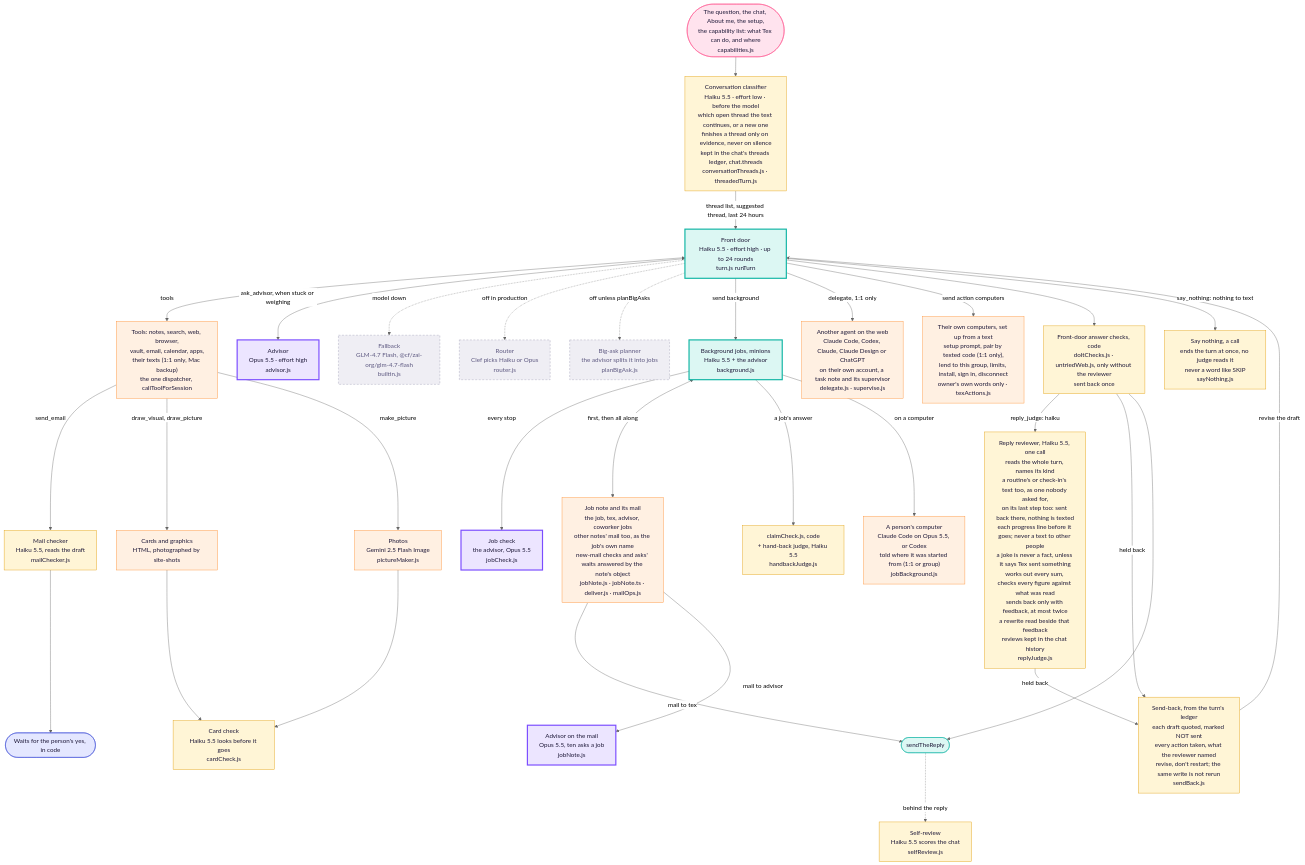
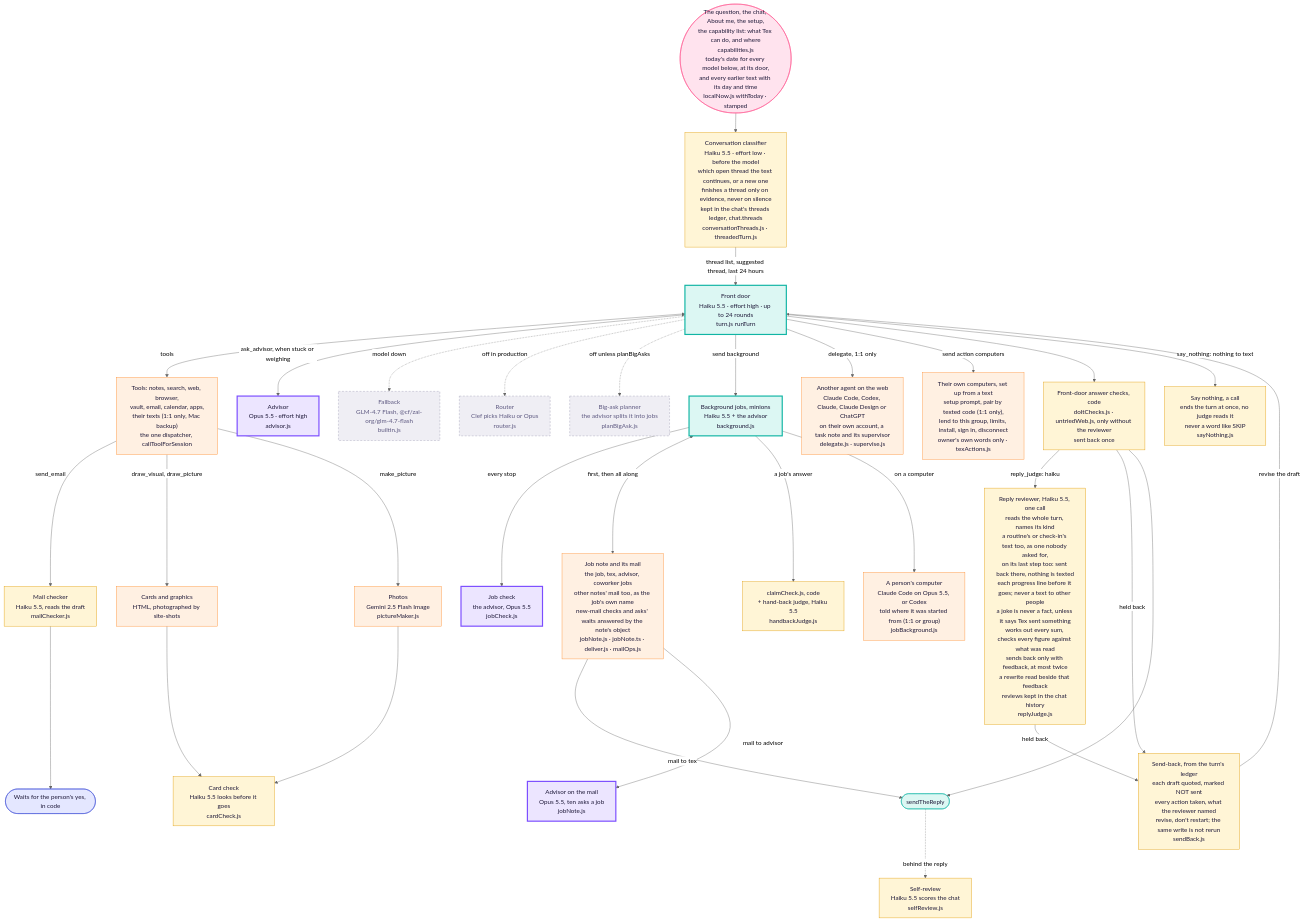
The third of 3 diagrams in docs/architecture/tex.md (Supa-Media/context), drawn with Mermaid (neutral theme) before and after one commit. The commit also changed other lines of this file and 26 other files, not shown here.

First line of the commit message:
Tell every Tex model today's date and date every text it reads (#3149)

````diff
--- a/docs/architecture/tex.md
+++ b/docs/architecture/tex.md
@@ -112,47 +112,47 @@
 ```mermaid
 flowchart TB
-  Q([The question, the chat, About me, the setup,<br/>the capability list: what Tex can do, and where<br/>capabilities.js]):::you --> CL
+  Q([The question, the chat, About me, the setup,<br/>the capability list: what Tex can do, and where<br/>capabilities.js<br/>today's date for every model below, at its door,<br/>and every earlier text with its day and time<br/>localNow.js withToday · stamped]):::you --> CL
   CL["Conversation classifier<br/>Haiku 5.5 · effort low · before the model<br/>which open thread the text continues, or a new one<br/>finishes a thread only on evidence, never on silence<br/>kept in the chat's threads ledger, chat.threads<br/>conversationThreads.js · threadedTurn.js"]:::judge
   CL -->|thread list, suggested thread, last 24 hours| FD
   FD["Front door<br/>Haiku 5.5 · effort high · up to 24 rounds<br/>turn.js runTurn"]:::haiku
   FD <-->|tools| T["Tools: notes, search, web, browser,<br/>vault, email, calendar, apps,<br/>their texts (1:1 only, Mac backup)<br/>the one dispatcher, callToolForSession"]:::tool
   FD <-->|ask_advisor, when stuck or weighing| ADV["Advisor<br/>Opus 5.5 · effort high<br/>advisor.js"]:::opus
   FD -. model down .-> FB["Fallback<br/>GLM-4.7 Flash, @cf/zai-org/glm-4.7-flash<br/>builtin.js"]:::off
   FD -. off in production .-> RT["Router<br/>Clef picks Haiku or Opus<br/>router.js"]:::off
   FD -. off unless planBigAsks .-> PL["Big-ask planner<br/>the advisor splits it into jobs<br/>planBigAsk.js"]:::off
 
   FD -->|send background| JOB["Background jobs, minions<br/>Haiku 5.5 + the advisor<br/>background.js"]:::haiku
   JOB -->|every stop| JC["Job check<br/>the advisor, Opus 5.5<br/>jobCheck.js"]:::opus
   JOB <-->|first, then all along| JN["Job note and its mail<br/>the job, tex, advisor, coworker jobs<br/>other notes' mail too, as the job's own name<br/>new-mail checks and asks' waits answered by the note's object<br/>jobNote.js · jobNote.ts · deliver.js · mailOps.js"]:::tool
   JN -->|mail to tex| SEND
   JN -->|mail to advisor| JNA["Advisor on the mail<br/>Opus 5.5, ten asks a job<br/>jobNote.js"]:::opus
   JOB -->|a job's answer| JCK["claimCheck.js, code<br/>+ hand-back judge, Haiku 5.5<br/>handbackJudge.js"]:::judge
   JOB -->|on a computer| PC["A person's computer<br/>Claude Code on Opus 5.5, or Codex<br/>told where it was started from (1:1 or group)<br/>jobBackground.js"]:::tool
   FD -->|delegate, 1:1 only| DL["Another agent on the web<br/>Claude Code, Codex, Claude, Claude Design or ChatGPT<br/>on their own account, a task note and its supervisor<br/>delegate.js · supervise.js"]:::tool
   FD -->|send action computers| CS["Their own computers, set up from a text<br/>setup prompt, pair by texted code (1:1 only),<br/>lend to this group, limits, install, sign in, disconnect<br/>owner's own words only · texActions.js"]:::tool
 
   T -->|send_email| MC["Mail checker<br/>Haiku 5.5, reads the draft<br/>mailChecker.js"]:::judge
   MC --> YES([Waits for the person's yes, in code]):::rail
   T -->|draw_visual, draw_picture| PIC["Cards and graphics<br/>HTML, photographed by site-shots"]:::tool
   T -->|make_picture| IMG["Photos<br/>Gemini 2.5 Flash Image<br/>pictureMaker.js"]:::tool
   PIC --> CC["Card check<br/>Haiku 5.5 looks before it goes<br/>cardCheck.js"]:::judge
   IMG --> CC
 
   FD --> CHK["Front-door answer checks, code<br/>doItChecks.js · untriedWeb.js, only without the reviewer<br/>sent back once"]:::judge
   FD -->|say_nothing: nothing to text| QT["Say nothing, a call<br/>ends the turn at once, no judge reads it<br/>never a word like SKIP<br/>sayNothing.js"]:::judge
   CHK -->|reply_judge: haiku| RJ["Reply reviewer, Haiku 5.5, one call<br/>reads the whole turn, names its kind<br/>a routine's or check-in's text too, as one nobody asked for,<br/>on its last step too: sent back there, nothing is texted<br/>each progress line before it goes; never a text to other people<br/>a joke is never a fact, unless it says Tex sent something<br/>works out every sum, checks every figure against what was read<br/>sends back only with feedback, at most twice<br/>a rewrite read beside that feedback<br/>reviews kept in the chat history<br/>replyJudge.js"]:::judge
   CHK -->|held back| SB["Send-back, from the turn's ledger<br/>each draft quoted, marked NOT sent<br/>every action taken, what the reviewer named<br/>revise, don't restart; the same write is not rerun<br/>sendBack.js"]:::judge
   RJ -->|held back| SB
   SB -->|revise the draft| FD
   CHK --> SEND([sendTheReply]):::door
   SEND -. behind the reply .-> SR["Self-review<br/>Haiku 5.5 scores the chat<br/>selfReview.js"]:::judge
 
   classDef you fill:#ffe3ee,stroke:#ff4f8b,color:#1d1838
   classDef haiku fill:#dcf7f3,stroke:#11b5a4,stroke-width:3px,color:#1d1838
   classDef opus fill:#ece5ff,stroke:#7b4dff,stroke-width:3px,color:#1d1838
   classDef judge fill:#fff5d6,stroke:#e09a00,color:#1d1838
   classDef tool fill:#fff0e2,stroke:#ff8a2a,color:#1d1838
   classDef rail fill:#e4e7ff,stroke:#3c4bd6,color:#1d1838
   classDef door fill:#dcf7f3,stroke:#11b5a4,color:#1d1838
   classDef off fill:#efeef4,stroke:#9a97b0,stroke-dasharray:5 4,color:#5d5880
 ```
````
